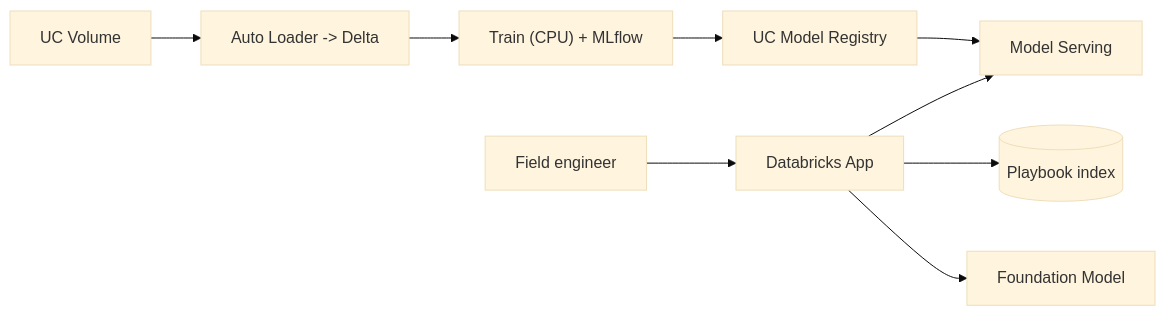
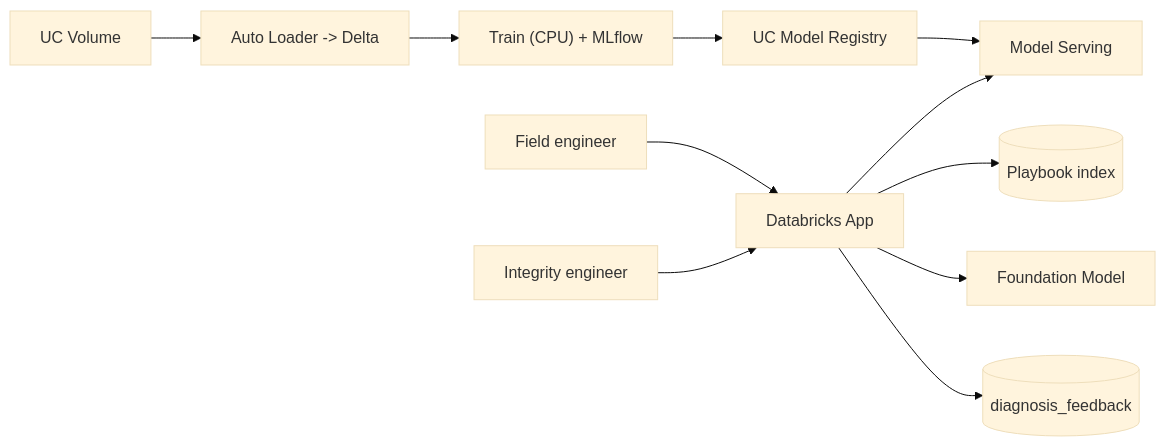
One commit to jose-alberto-salazar-jimenez/databricks_demos changed the diagram in e2e_industry_solutions/metal_surface_defect_diagnostics/README.md. Above: the diagram before and after it, drawn with Mermaid (base theme). The commit also changed other lines of this file and 19 other files, not shown here.

First line of the commit message:
msd: Phase 4 - Streamlit app with PDF report, feedback and expert review cases (1.4.0)

````diff
--- a/e2e_industry_solutions/metal_surface_defect_diagnostics/README.md
+++ b/e2e_industry_solutions/metal_surface_defect_diagnostics/README.md
@@ -20,8 +24,10 @@
 ```mermaid
 flowchart LR
   VOL["UC Volume"] --> AL["Auto Loader -> Delta"] --> TR["Train (CPU) + MLflow"] --> REG["UC Model Registry"] --> MS["Model Serving"]
   USER["Field engineer"] --> APP["Databricks App"]
   APP --> MS
   APP --> PB[("Playbook index")]
   APP --> LLM["Foundation Model"]
+  APP --> FB[("diagnosis_feedback")]
+  EXP["Integrity engineer"] --> APP
 ```
````
